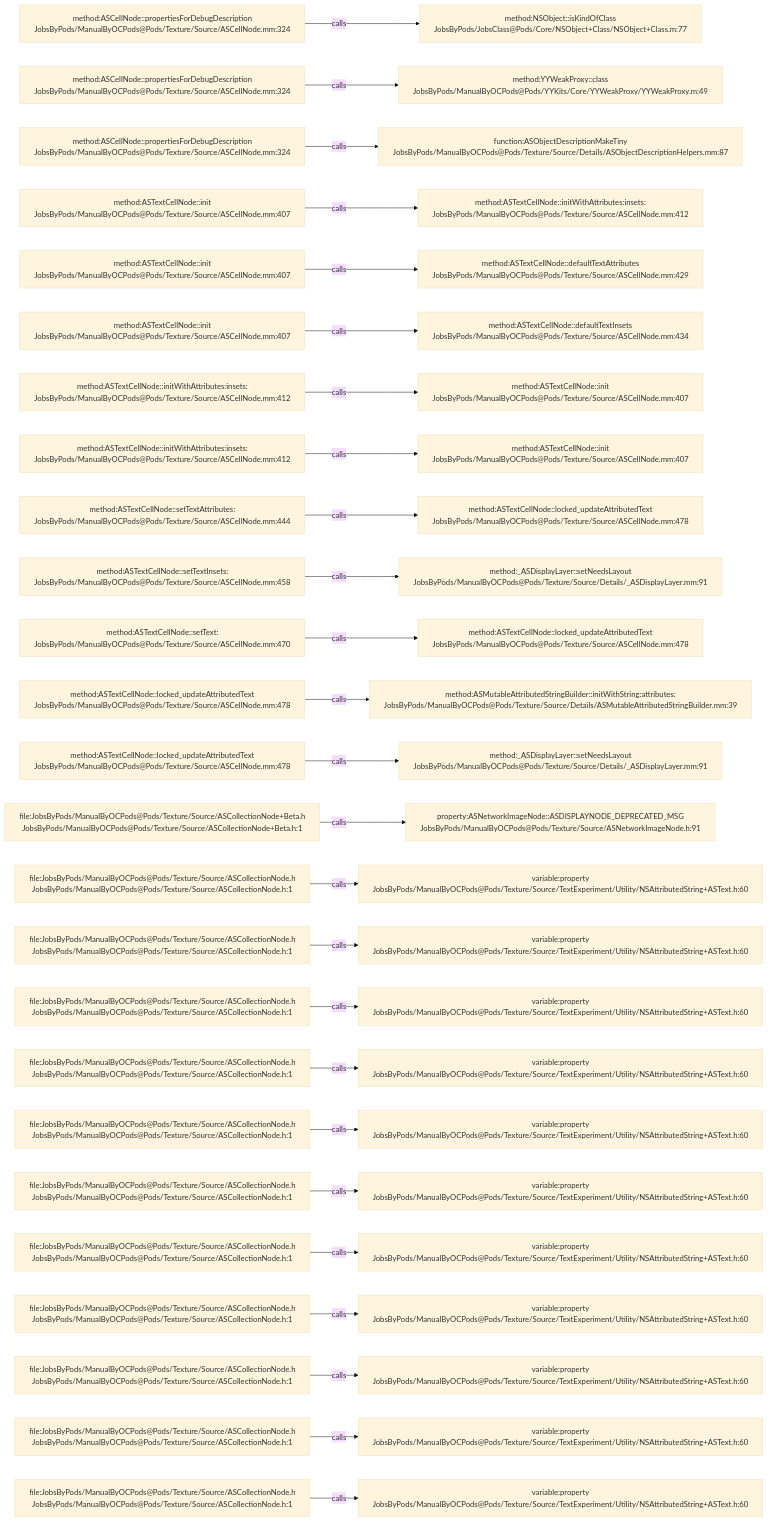
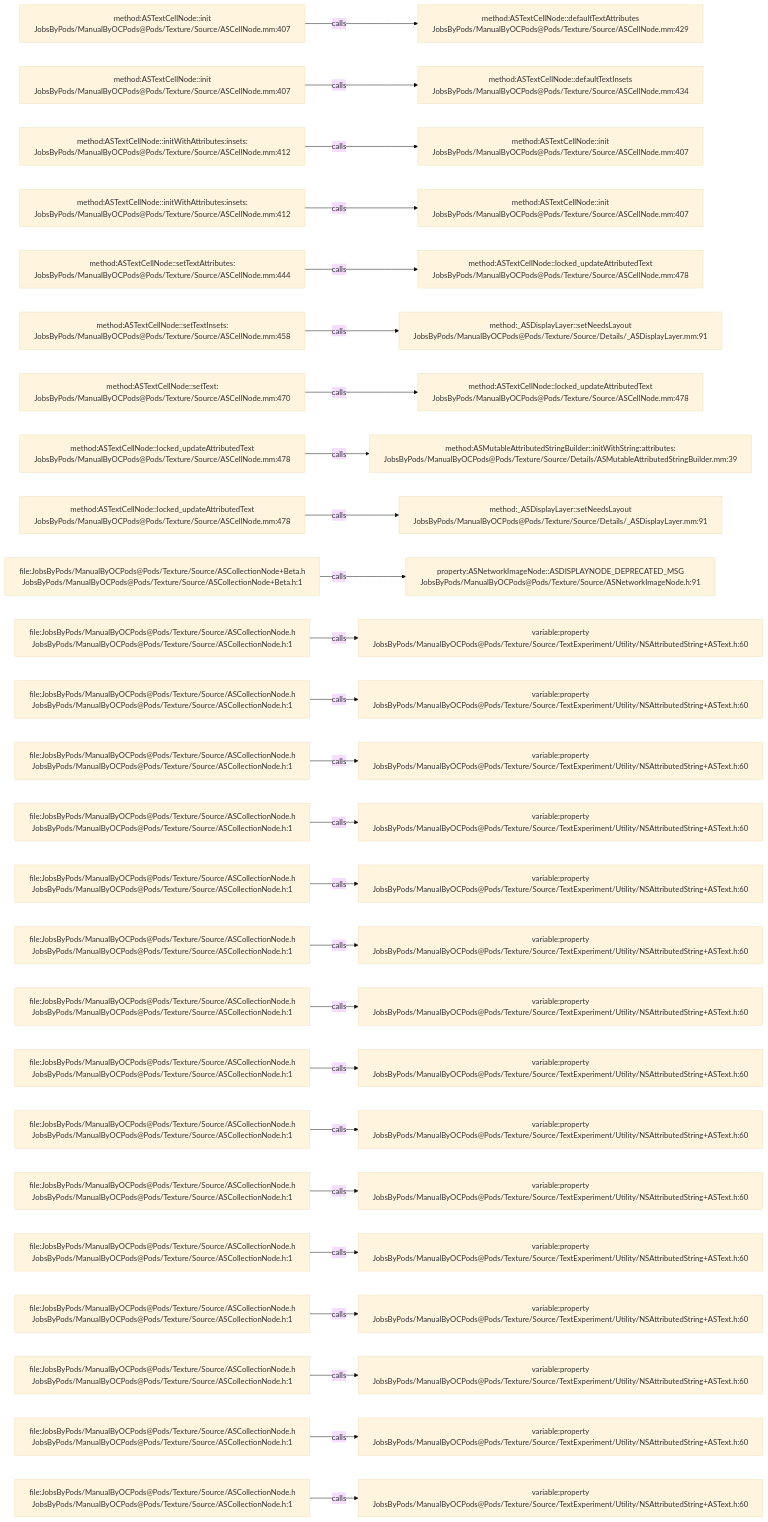
Before and after one commit to JobsKits/JobsOCBaseConfigDemo: the diagram in .codegraph/codegraph.md/graphs/calls-072.md, drawn with Mermaid (base theme). The commit also changed 727 other files, not shown here.

````diff
--- a/.codegraph/codegraph.md/graphs/calls-072.md
+++ b/.codegraph/codegraph.md/graphs/calls-072.md
@@ -13,78 +13,78 @@
 ```mermaid
 flowchart LR
-  S1["method:ASCellNode::propertiesForDebugDescription<br/>JobsByPods/ManualByOCPods@Pods/Texture/Source/ASCellNode.mm:324"]
-  T1["method:NSObject::isKindOfClass<br/>JobsByPods/JobsClass@Pods/Core/NSObject+Class/NSObject+Class.m:77"]
+  S1["method:ASTextCellNode::init<br/>JobsByPods/ManualByOCPods@Pods/Texture/Source/ASCellNode.mm:407"]
+  T1["method:ASTextCellNode::defaultTextAttributes<br/>JobsByPods/ManualByOCPods@Pods/Texture/Source/ASCellNode.mm:429"]
   S1 -->|calls| T1
-  S2["method:ASCellNode::propertiesForDebugDescription<br/>JobsByPods/ManualByOCPods@Pods/Texture/Source/ASCellNode.mm:324"]
-  T2["method:YYWeakProxy::class<br/>JobsByPods/ManualByOCPods@Pods/YYKits/Core/YYWeakProxy/YYWeakProxy.m:49"]
+  S2["method:ASTextCellNode::init<br/>JobsByPods/ManualByOCPods@Pods/Texture/Source/ASCellNode.mm:407"]
+  T2["method:ASTextCellNode::defaultTextInsets<br/>JobsByPods/ManualByOCPods@Pods/Texture/Source/ASCellNode.mm:434"]
   S2 -->|calls| T2
-  S3["method:ASCellNode::propertiesForDebugDescription<br/>JobsByPods/ManualByOCPods@Pods/Texture/Source/ASCellNode.mm:324"]
-  T3["function:ASObjectDescriptionMakeTiny<br/>JobsByPods/ManualByOCPods@Pods/Texture/Source/Details/ASObjectDescriptionHelpers.mm:87"]
+  S3["method:ASTextCellNode::initWithAttributes:insets:<br/>JobsByPods/ManualByOCPods@Pods/Texture/Source/ASCellNode.mm:412"]
+  T3["method:ASTextCellNode::init<br/>JobsByPods/ManualByOCPods@Pods/Texture/Source/ASCellNode.mm:407"]
   S3 -->|calls| T3
-  S4["method:ASTextCellNode::init<br/>JobsByPods/ManualByOCPods@Pods/Texture/Source/ASCellNode.mm:407"]
-  T4["method:ASTextCellNode::initWithAttributes:insets:<br/>JobsByPods/ManualByOCPods@Pods/Texture/Source/ASCellNode.mm:412"]
+  S4["method:ASTextCellNode::initWithAttributes:insets:<br/>JobsByPods/ManualByOCPods@Pods/Texture/Source/ASCellNode.mm:412"]
+  T4["method:ASTextCellNode::init<br/>JobsByPods/ManualByOCPods@Pods/Texture/Source/ASCellNode.mm:407"]
   S4 -->|calls| T4
-  S5["method:ASTextCellNode::init<br/>JobsByPods/ManualByOCPods@Pods/Texture/Source/ASCellNode.mm:407"]
-  T5["method:ASTextCellNode::defaultTextAttributes<br/>JobsByPods/ManualByOCPods@Pods/Texture/Source/ASCellNode.mm:429"]
+  S5["method:ASTextCellNode::setTextAttributes:<br/>JobsByPods/ManualByOCPods@Pods/Texture/Source/ASCellNode.mm:444"]
+  T5["method:ASTextCellNode::locked_updateAttributedText<br/>JobsByPods/ManualByOCPods@Pods/Texture/Source/ASCellNode.mm:478"]
   S5 -->|calls| T5
-  S6["method:ASTextCellNode::init<br/>JobsByPods/ManualByOCPods@Pods/Texture/Source/ASCellNode.mm:407"]
-  T6["method:ASTextCellNode::defaultTextInsets<br/>JobsByPods/ManualByOCPods@Pods/Texture/Source/ASCellNode.mm:434"]
+  S6["method:ASTextCellNode::setTextInsets:<br/>JobsByPods/ManualByOCPods@Pods/Texture/Source/ASCellNode.mm:458"]
+  T6["method:_ASDisplayLayer::setNeedsLayout<br/>JobsByPods/ManualByOCPods@Pods/Texture/Source/Details/_ASDisplayLayer.mm:91"]
   S6 -->|calls| T6
-  S7["method:ASTextCellNode::initWithAttributes:insets:<br/>JobsByPods/ManualByOCPods@Pods/Texture/Source/ASCellNode.mm:412"]
-  T7["method:ASTextCellNode::init<br/>JobsByPods/ManualByOCPods@Pods/Texture/Source/ASCellNode.mm:407"]
+  S7["method:ASTextCellNode::setText:<br/>JobsByPods/ManualByOCPods@Pods/Texture/Source/ASCellNode.mm:470"]
+  T7["method:ASTextCellNode::locked_updateAttributedText<br/>JobsByPods/ManualByOCPods@Pods/Texture/Source/ASCellNode.mm:478"]
   S7 -->|calls| T7
-  S8["method:ASTextCellNode::initWithAttributes:insets:<br/>JobsByPods/ManualByOCPods@Pods/Texture/Source/ASCellNode.mm:412"]
-  T8["method:ASTextCellNode::init<br/>JobsByPods/ManualByOCPods@Pods/Texture/Source/ASCellNode.mm:407"]
+  S8["method:ASTextCellNode::locked_updateAttributedText<br/>JobsByPods/ManualByOCPods@Pods/Texture/Source/ASCellNode.mm:478"]
+  T8["method:ASMutableAttributedStringBuilder::initWithString:attributes:<br/>JobsByPods/ManualByOCPods@Pods/Texture/Source/Details/ASMutableAttributedStringBuilder.mm:39"]
   S8 -->|calls| T8
-  S9["method:ASTextCellNode::setTextAttributes:<br/>JobsByPods/ManualByOCPods@Pods/Texture/Source/ASCellNode.mm:444"]
-  T9["method:ASTextCellNode::locked_updateAttributedText<br/>JobsByPods/ManualByOCPods@Pods/Texture/Source/ASCellNode.mm:478"]
+  S9["method:ASTextCellNode::locked_updateAttributedText<br/>JobsByPods/ManualByOCPods@Pods/Texture/Source/ASCellNode.mm:478"]
+  T9["method:_ASDisplayLayer::setNeedsLayout<br/>JobsByPods/ManualByOCPods@Pods/Texture/Source/Details/_ASDisplayLayer.mm:91"]
   S9 -->|calls| T9
-  S10["method:ASTextCellNode::setTextInsets:<br/>JobsByPods/ManualByOCPods@Pods/Texture/Source/ASCellNode.mm:458"]
-  T10["method:_ASDisplayLayer::setNeedsLayout<br/>JobsByPods/ManualByOCPods@Pods/Texture/Source/Details/_ASDisplayLayer.mm:91"]
+  S10["file:JobsByPods/ManualByOCPods@Pods/Texture/Source/ASCollectionNode+Beta.h<br/>JobsByPods/ManualByOCPods@Pods/Texture/Source/ASCollectionNode+Beta.h:1"]
+  T10["property:ASNetworkImageNode::ASDISPLAYNODE_DEPRECATED_MSG<br/>JobsByPods/ManualByOCPods@Pods/Texture/Source/ASNetworkImageNode.h:91"]
   S10 -->|calls| T10
-  S11["method:ASTextCellNode::setText:<br/>JobsByPods/ManualByOCPods@Pods/Texture/Source/ASCellNode.mm:470"]
-  T11["method:ASTextCellNode::locked_updateAttributedText<br/>JobsByPods/ManualByOCPods@Pods/Texture/Source/ASCellNode.mm:478"]
+  S11["file:JobsByPods/ManualByOCPods@Pods/Texture/Source/ASCollectionNode.h<br/>JobsByPods/ManualByOCPods@Pods/Texture/Source/ASCollectionNode.h:1"]
+  T11["variable:property<br/>JobsByPods/ManualByOCPods@Pods/Texture/Source/TextExperiment/Utility/NSAttributedString+ASText.h:60"]
   S11 -->|calls| T11
-  S12["method:ASTextCellNode::locked_updateAttributedText<br/>JobsByPods/ManualByOCPods@Pods/Texture/Source/ASCellNode.mm:478"]
-  T12["method:ASMutableAttributedStringBuilder::initWithString:attributes:<br/>JobsByPods/ManualByOCPods@Pods/Texture/Source/Details/ASMutableAttributedStringBuilder.mm:39"]
+  S12["file:JobsByPods/ManualByOCPods@Pods/Texture/Source/ASCollectionNode.h<br/>JobsByPods/ManualByOCPods@Pods/Texture/Source/ASCollectionNode.h:1"]
+  T12["variable:property<br/>JobsByPods/ManualByOCPods@Pods/Texture/Source/TextExperiment/Utility/NSAttributedString+ASText.h:60"]
   S12 -->|calls| T12
-  S13["method:ASTextCellNode::locked_updateAttributedText<br/>JobsByPods/ManualByOCPods@Pods/Texture/Source/ASCellNode.mm:478"]
-  T13["method:_ASDisplayLayer::setNeedsLayout<br/>JobsByPods/ManualByOCPods@Pods/Texture/Source/Details/_ASDisplayLayer.mm:91"]
+  S13["file:JobsByPods/ManualByOCPods@Pods/Texture/Source/ASCollectionNode.h<br/>JobsByPods/ManualByOCPods@Pods/Texture/Source/ASCollectionNode.h:1"]
+  T13["variable:property<br/>JobsByPods/ManualByOCPods@Pods/Texture/Source/TextExperiment/Utility/NSAttributedString+ASText.h:60"]
   S13 -->|calls| T13
-  S14["file:JobsByPods/ManualByOCPods@Pods/Texture/Source/ASCollectionNode+Beta.h<br/>JobsByPods/ManualByOCPods@Pods/Texture/Source/ASCollectionNode+Beta.h:1"]
-  T14["property:ASNetworkImageNode::ASDISPLAYNODE_DEPRECATED_MSG<br/>JobsByPods/ManualByOCPods@Pods/Texture/Source/ASNetworkImageNode.h:91"]
+  S14["file:JobsByPods/ManualByOCPods@Pods/Texture/Source/ASCollectionNode.h<br/>JobsByPods/ManualByOCPods@Pods/Texture/Source/ASCollectionNode.h:1"]
+  T14["variable:property<br/>JobsByPods/ManualByOCPods@Pods/Texture/Source/TextExperiment/Utility/NSAttributedString+ASText.h:60"]
   S14 -->|calls| T14
   S15["file:JobsByPods/ManualByOCPods@Pods/Texture/Source/ASCollectionNode.h<br/>JobsByPods/ManualByOCPods@Pods/Texture/Source/ASCollectionNode.h:1"]
   T15["variable:property<br/>JobsByPods/ManualByOCPods@Pods/Texture/Source/TextExperiment/Utility/NSAttributedString+ASText.h:60"]
   S15 -->|calls| T15
   S16["file:JobsByPods/ManualByOCPods@Pods/Texture/Source/ASCollectionNode.h<br/>JobsByPods/ManualByOCPods@Pods/Texture/Source/ASCollectionNode.h:1"]
   T16["variable:property<br/>JobsByPods/ManualByOCPods@Pods/Texture/Source/TextExperiment/Utility/NSAttributedString+ASText.h:60"]
   S16 -->|calls| T16
   S17["file:JobsByPods/ManualByOCPods@Pods/Texture/Source/ASCollectionNode.h<br/>JobsByPods/ManualByOCPods@Pods/Texture/Source/ASCollectionNode.h:1"]
   T17["variable:property<br/>JobsByPods/ManualByOCPods@Pods/Texture/Source/TextExperiment/Utility/NSAttributedString+ASText.h:60"]
   S17 -->|calls| T17
   S18["file:JobsByPods/ManualByOCPods@Pods/Texture/Source/ASCollectionNode.h<br/>JobsByPods/ManualByOCPods@Pods/Texture/Source/ASCollectionNode.h:1"]
   T18["variable:property<br/>JobsByPods/ManualByOCPods@Pods/Texture/Source/TextExperiment/Utility/NSAttributedString+ASText.h:60"]
   S18 -->|calls| T18
   S19["file:JobsByPods/ManualByOCPods@Pods/Texture/Source/ASCollectionNode.h<br/>JobsByPods/ManualByOCPods@Pods/Texture/Source/ASCollectionNode.h:1"]
   T19["variable:property<br/>JobsByPods/ManualByOCPods@Pods/Texture/Source/TextExperiment/Utility/NSAttributedString+ASText.h:60"]
   S19 -->|calls| T19
   S20["file:JobsByPods/ManualByOCPods@Pods/Texture/Source/ASCollectionNode.h<br/>JobsByPods/ManualByOCPods@Pods/Texture/Source/ASCollectionNode.h:1"]
   T20["variable:property<br/>JobsByPods/ManualByOCPods@Pods/Texture/Source/TextExperiment/Utility/NSAttributedString+ASText.h:60"]
   S20 -->|calls| T20
   S21["file:JobsByPods/ManualByOCPods@Pods/Texture/Source/ASCollectionNode.h<br/>JobsByPods/ManualByOCPods@Pods/Texture/Source/ASCollectionNode.h:1"]
   T21["variable:property<br/>JobsByPods/ManualByOCPods@Pods/Texture/Source/TextExperiment/Utility/NSAttributedString+ASText.h:60"]
   S21 -->|calls| T21
   S22["file:JobsByPods/ManualByOCPods@Pods/Texture/Source/ASCollectionNode.h<br/>JobsByPods/ManualByOCPods@Pods/Texture/Source/ASCollectionNode.h:1"]
   T22["variable:property<br/>JobsByPods/ManualByOCPods@Pods/Texture/Source/TextExperiment/Utility/NSAttributedString+ASText.h:60"]
   S22 -->|calls| T22
   S23["file:JobsByPods/ManualByOCPods@Pods/Texture/Source/ASCollectionNode.h<br/>JobsByPods/ManualByOCPods@Pods/Texture/Source/ASCollectionNode.h:1"]
   T23["variable:property<br/>JobsByPods/ManualByOCPods@Pods/Texture/Source/TextExperiment/Utility/NSAttributedString+ASText.h:60"]
   S23 -->|calls| T23
   S24["file:JobsByPods/ManualByOCPods@Pods/Texture/Source/ASCollectionNode.h<br/>JobsByPods/ManualByOCPods@Pods/Texture/Source/ASCollectionNode.h:1"]
   T24["variable:property<br/>JobsByPods/ManualByOCPods@Pods/Texture/Source/TextExperiment/Utility/NSAttributedString+ASText.h:60"]
   S24 -->|calls| T24
   S25["file:JobsByPods/ManualByOCPods@Pods/Texture/Source/ASCollectionNode.h<br/>JobsByPods/ManualByOCPods@Pods/Texture/Source/ASCollectionNode.h:1"]
   T25["variable:property<br/>JobsByPods/ManualByOCPods@Pods/Texture/Source/TextExperiment/Utility/NSAttributedString+ASText.h:60"]
   S25 -->|calls| T25
 ```
````
